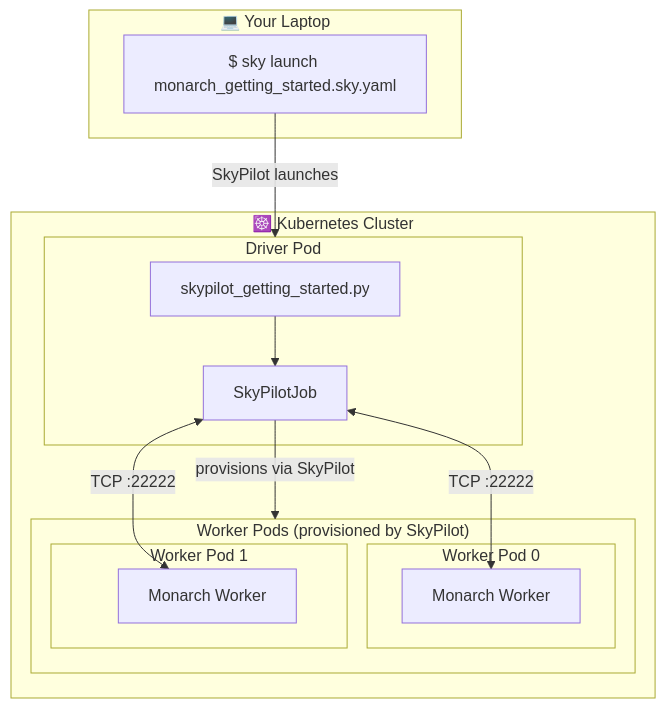
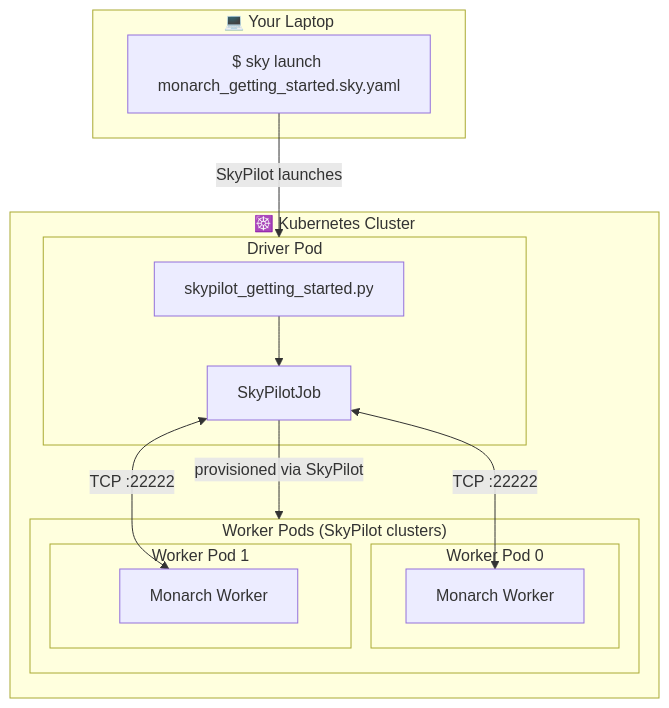
Before and after one commit to meta-pytorch/monarch: the diagram in examples/skypilot/README.md, drawn with Mermaid. The commit also changed other lines of this file, not shown here.

Commit message:
fix mermaid doc

````diff
--- a/examples/skypilot/README.md
+++ b/examples/skypilot/README.md
@@ -11,30 +11,30 @@
 ```mermaid
 flowchart TB
     subgraph laptop["💻 Your Laptop"]
         user["$ sky launch monarch_getting_started.sky.yaml"]
     end
 
     subgraph k8s["☸️ Kubernetes Cluster"]
         subgraph driver["Driver Pod"]
             script["skypilot_getting_started.py"]
             skyjob["SkyPilotJob"]
         end
         
-        subgraph workers["Worker Pods (provisioned by SkyPilot)"]
+        subgraph workers["Worker&nbsp;Pods&nbsp;(SkyPilot&nbsp;clusters)"]
             subgraph w1["Worker Pod 0"]
                 mw1["Monarch Worker"]
             end
             subgraph w2["Worker Pod 1"]
                 mw2["Monarch Worker"]
             end
         end
     end
 
     user -->|"SkyPilot launches"| driver
     script --> skyjob
-    skyjob -->|"provisions via SkyPilot"| workers
+    skyjob -->|"provisioned via SkyPilot"| workers
     skyjob <-->|"TCP :22222"| mw1
     skyjob <-->|"TCP :22222"| mw2
     mw1
     mw2
 ```
````
